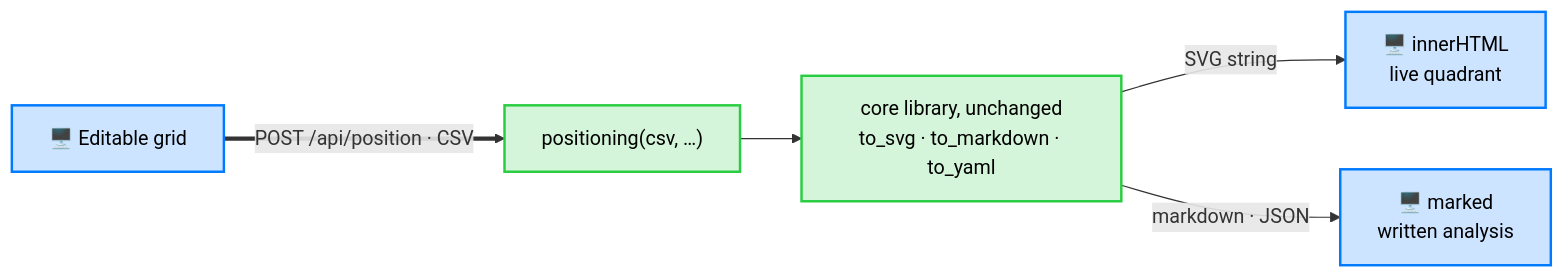
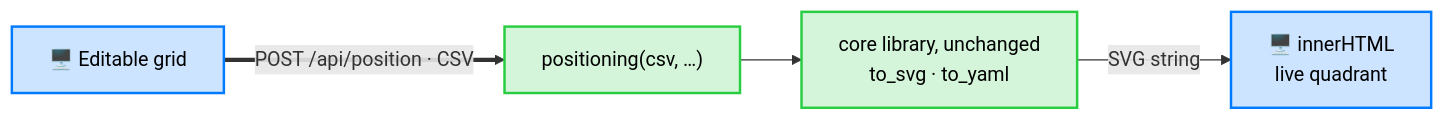
One commit to warith-harchaoui/standpoint changed the first of 2 diagrams in GUI.md. Above: the diagram before and after it, drawn with Mermaid. The commit also changed other lines of this file and 46 other files, not shown here.

````diff
--- a/GUI.md
+++ b/GUI.md
@@ -72,13 +68,12 @@
 ```mermaid
 flowchart LR
     grid["🖥️ Editable grid"] ==>|"POST /api/position · CSV"| pos["positioning(csv, …)"]
-    pos --> lib["core library, unchanged<br/>to_svg · to_markdown · to_yaml"]
+    pos --> lib["core library, unchanged<br/>to_svg · to_yaml"]
     lib -->|"SVG string"| embed["🖥️ innerHTML<br/>live quadrant"]
-    lib -->|"markdown · JSON"| md["🖥️ marked<br/>written analysis"]
 
     %% "Good Colors" palette: https://harchaoui.org/warith/colors/
     classDef browser fill:#CCE4FF,stroke:#007AFF,color:#000000,stroke-width:2px;
     classDef server fill:#D4F5D9,stroke:#28CD41,color:#000000,stroke-width:2px;
-    class grid,embed,md browser;
+    class grid,embed browser;
     class pos,lib server;
 ```
````
